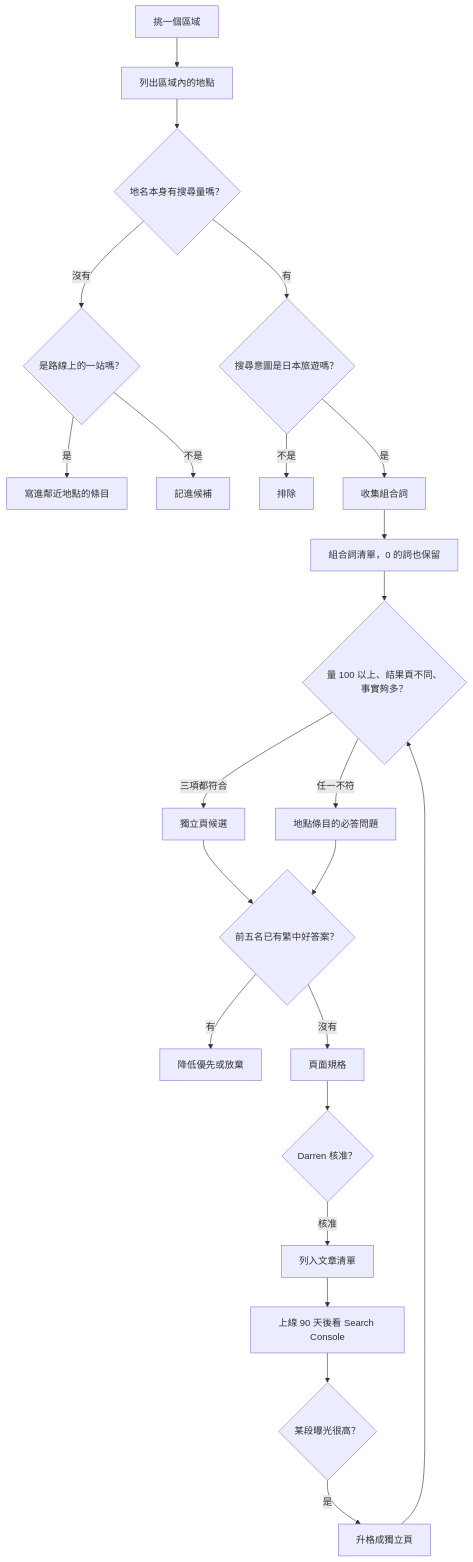
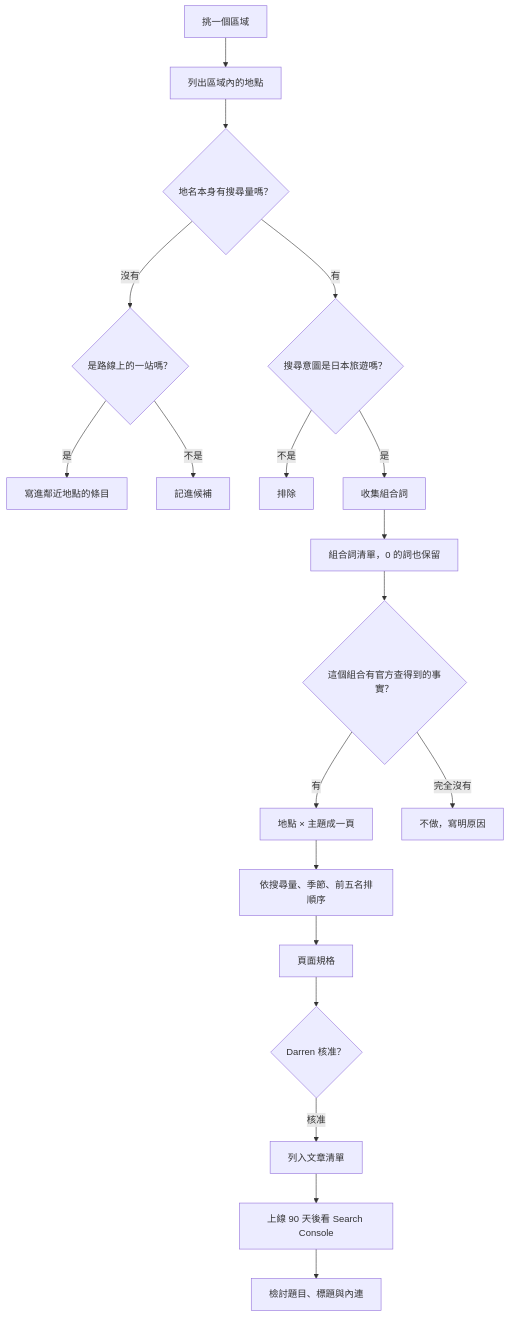
Before and after one commit to maoyao030/japan-travel: the diagram in .agents/skills/japan-travel-topic-planner/references/selection-workflow.md, drawn with Mermaid. The commit also changed other lines of this file and 5 other files, not shown here.

````diff
--- a/.agents/skills/japan-travel-topic-planner/references/selection-workflow.md
+++ b/.agents/skills/japan-travel-topic-planner/references/selection-workflow.md
@@ -5,24 +5,21 @@
 ```mermaid
 flowchart TD
     A["挑一個區域"] --> B["列出區域內的地點"]
     B --> C{"地名本身有搜尋量嗎？"}
     C -- "沒有" --> C1{"是路線上的一站嗎？"}
     C1 -- "是" --> C2["寫進鄰近地點的條目"]
     C1 -- "不是" --> C3["記進候補"]
     C -- "有" --> D{"搜尋意圖是日本旅遊嗎？"}
     D -- "不是" --> D1["排除"]
     D -- "是" --> E["收集組合詞"]
     E --> F["組合詞清單，0 的詞也保留"]
-    F --> G{"量 100 以上、結果頁不同、事實夠多？"}
-    G -- "三項都符合" --> H["獨立頁候選"]
-    G -- "任一不符" --> I["地點條目的必答問題"]
-    H --> J{"前五名已有繁中好答案？"}
-    I --> J
-    J -- "有" --> J1["降低優先或放棄"]
-    J -- "沒有" --> L["頁面規格"]
+    F --> G{"這個組合有官方查得到的事實？"}
+    G -- "有" --> H["地點 × 主題成一頁"]
+    G -- "完全沒有" --> I["不做，寫明原因"]
+    H --> J["依搜尋量、季節、前五名排順序"]
+    J --> L["頁面規格"]
     L --> M{"Darren 核准？"}
     M -- "核准" --> N["列入文章清單"]
     N --> O["上線 90 天後看 Search Console"]
-    O --> P{"某段曝光很高？"}
-    P -- "是" --> Q["升格成獨立頁"] --> G
+    O --> P["檢討題目、標題與內連"]
 ```
````
